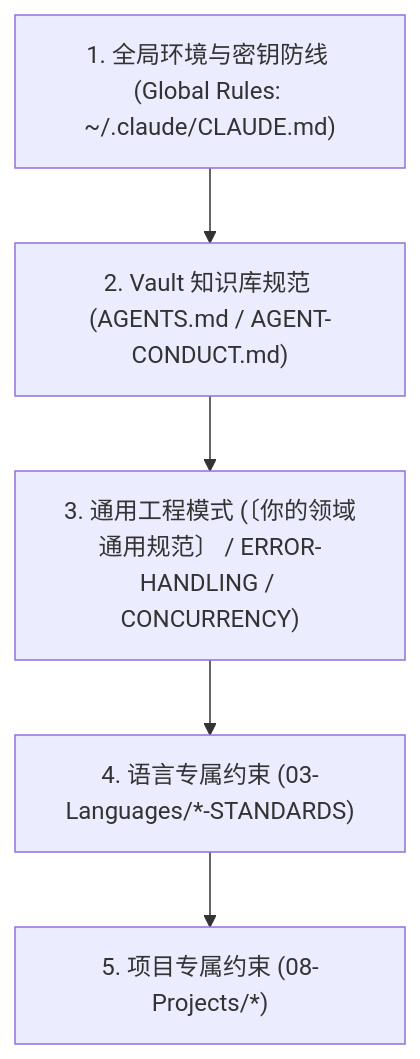
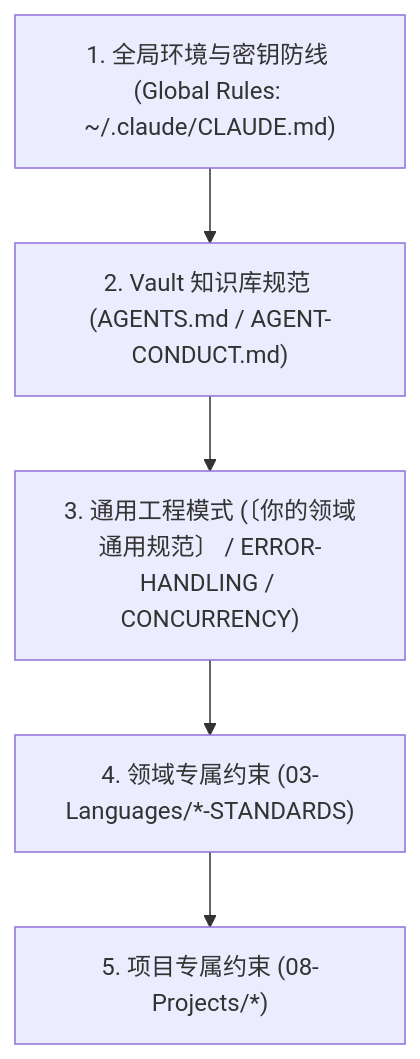
Before and after one commit to ROM4n2/scriptorium-vault: the diagram in 00-MOC/MOC-Rules.md, drawn with Mermaid. The commit also changed other lines of this file and 8 other files, not shown here.

````diff
--- a/00-MOC/MOC-Rules.md
+++ b/00-MOC/MOC-Rules.md
@@ -66,7 +66,7 @@
 ```mermaid
 graph TD
     A["1. 全局环境与密钥防线 (Global Rules: ~/.claude/CLAUDE.md)"] --> B["2. Vault 知识库规范 (AGENTS.md / AGENT-CONDUCT.md)"]
     B --> C["3. 通用工程模式 (〔你的领域通用规范〕 / ERROR-HANDLING / CONCURRENCY)"]
-    C --> D["4. 语言专属约束 (03-Languages/*-STANDARDS)"]
+    C --> D["4. 领域专属约束 (03-Languages/*-STANDARDS)"]
     D --> E["5. 项目专属约束 (08-Projects/*)"]
 ```
````
